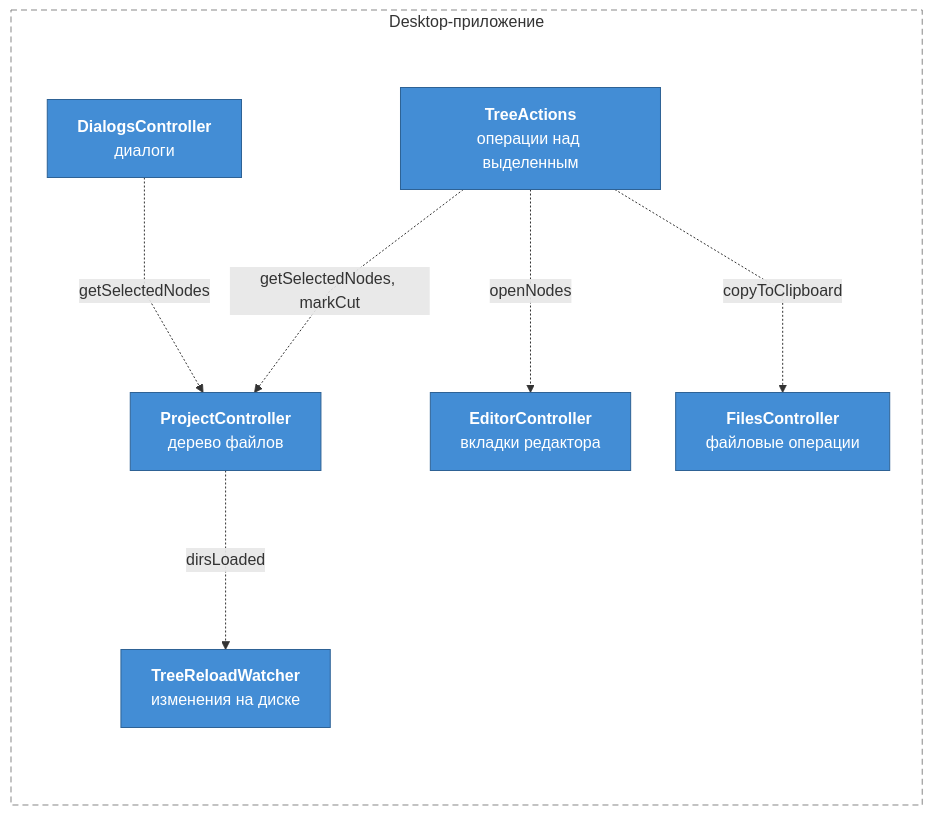
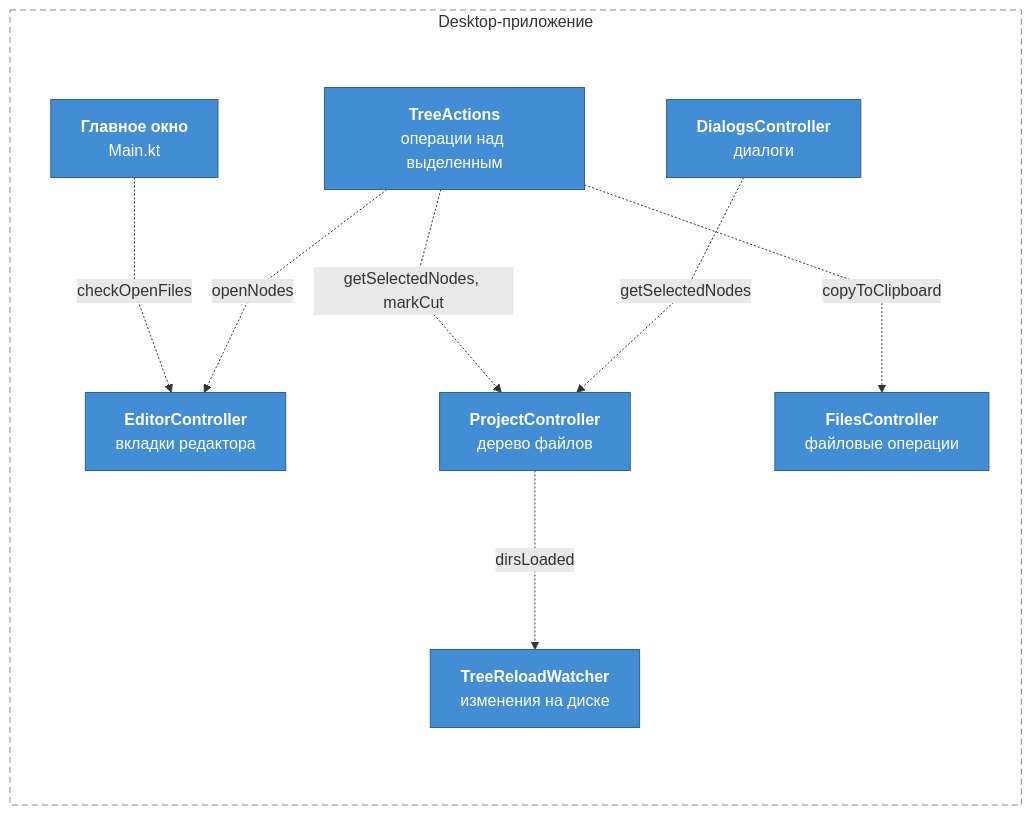
Before and after one commit to efimov-r/aisdme: the fourth of 9 diagrams in docs/architecture.md, drawn with Mermaid. The commit also changed other lines of this file and 17 other files, not shown here.

````diff
--- a/docs/architecture.md
+++ b/docs/architecture.md
@@ -140,21 +140,23 @@
 ```mermaid
 %%{init: {"flowchart": {"curve": "linear", "nodeSpacing": 45, "rankSpacing": 130}}}%%
 flowchart LR
     classDef comp fill:#438dd5,stroke:#2e6295,color:#fff
 
     subgraph app["Desktop-приложение"]
         treeActions["<b>TreeActions</b><br/>операции над выделенным"]:::comp
         dialogsC["<b>DialogsController</b><br/>диалоги"]:::comp
         projectC["<b>ProjectController</b><br/>дерево файлов"]:::comp
         editorC["<b>EditorController</b><br/>вкладки редактора"]:::comp
         filesC["<b>FilesController</b><br/>файловые операции"]:::comp
         watcher["<b>TreeReloadWatcher</b><br/>изменения на диске"]:::comp
+        window["<b>Главное окно</b><br/>Main.kt"]:::comp
     end
     style app fill:transparent,stroke:#888,stroke-dasharray:6 4
 
+    window -.->|"checkOpenFiles"| editorC
     treeActions -.->|"getSelectedNodes, markCut"| projectC
     treeActions -.->|"openNodes"| editorC
     treeActions -.->|"copyToClipboard"| filesC
     dialogsC -.->|"getSelectedNodes"| projectC
     projectC -.->|"dirsLoaded"| watcher
 ```
````
